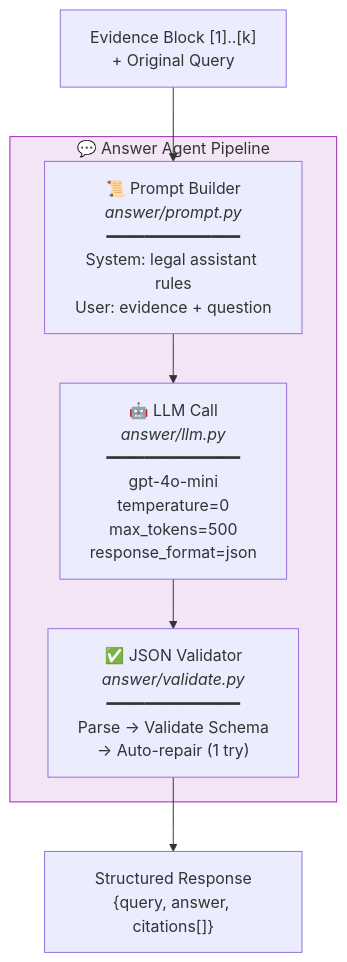
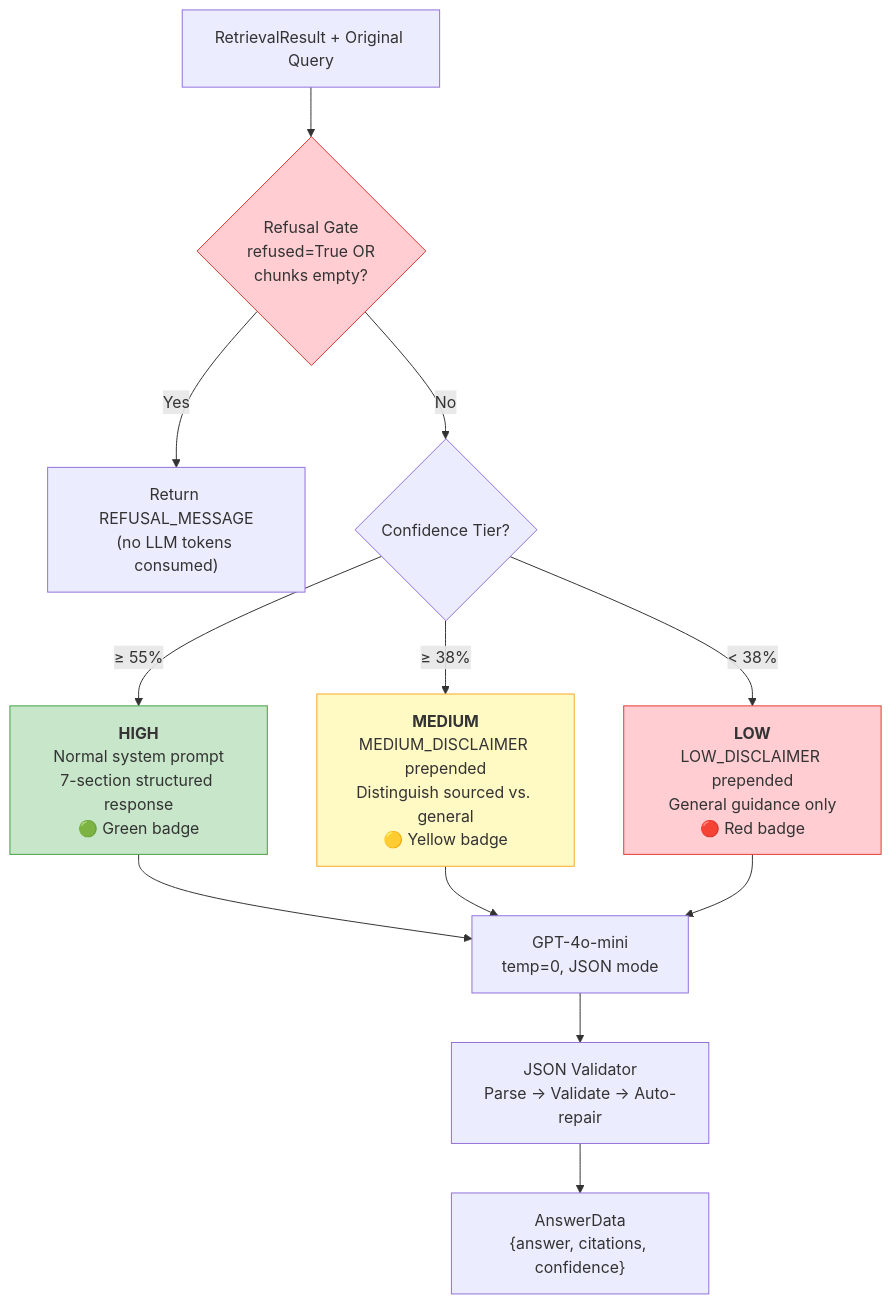
Before and after one commit to uditauniyal/legal-mvp: the fifth of 8 diagrams in README.md, drawn with Mermaid. The commit also changed other lines of this file, not shown here.

Commit message:
Updated Readme with confidence scoring

````diff
--- a/README.md
+++ b/README.md
@@ -308,18 +299,21 @@
 ```mermaid
 flowchart TD
-    IN["Evidence Block [1]..[k]<br/>+ Original Query"] --> PROMPT
+    IN["RetrievalResult + Original Query"]
 
-    subgraph AnswerAgent["💬 Answer Agent Pipeline"]
-        PROMPT["📜 Prompt Builder<br/><i>answer/prompt.py</i><br/>━━━━━━━━━━━━━━<br/>System: legal assistant rules<br/>User: evidence + question"]
+    IN --> GATE{"Refusal Gate<br/>refused=True OR<br/>chunks empty?"}
+    GATE -->|"Yes"| REFUSE["Return REFUSAL_MESSAGE<br/>(no LLM tokens consumed)"]
+    GATE -->|"No"| TIER{"Confidence Tier?"}
 
-        LLM["🤖 LLM Call<br/><i>answer/llm.py</i><br/>━━━━━━━━━━━━━━<br/>gpt-4o-mini<br/>temperature=0<br/>max_tokens=500<br/>response_format=json"]
+    TIER -->|"≥ 55%"| HIGH["<b>HIGH</b><br/>Normal system prompt<br/>7-section structured response<br/>🟢 Green badge"]
+    TIER -->|"≥ 38%"| MEDIUM["<b>MEDIUM</b><br/>MEDIUM_DISCLAIMER prepended<br/>Distinguish sourced vs. general<br/>🟡 Yellow badge"]
+    TIER -->|"< 38%"| LOW["<b>LOW</b><br/>LOW_DISCLAIMER prepended<br/>General guidance only<br/>🔴 Red badge"]
 
-        VAL["✅ JSON Validator<br/><i>answer/validate.py</i><br/>━━━━━━━━━━━━━━<br/>Parse → Validate Schema<br/>→ Auto-repair (1 try)"]
+    HIGH & MEDIUM & LOW --> LLM["GPT-4o-mini<br/>temp=0, JSON mode"]
+    LLM --> VALIDATE["JSON Validator<br/>Parse → Validate → Auto-repair"]
+    VALIDATE --> OUT["AnswerData<br/>{answer, citations, confidence}"]
 
-        PROMPT --> LLM --> VAL
-    end
-
-    VAL --> OUT["Structured Response<br/>{query, answer, citations[]}"]
-
-    style AnswerAgent fill:#f3e5f5,stroke:#9C27B0
+    style GATE fill:#ffcdd2,stroke:#E53935
+    style HIGH fill:#c8e6c9,stroke:#43A047
+    style MEDIUM fill:#fff9c4,stroke:#F9A825
+    style LOW fill:#ffcdd2,stroke:#E53935
 ```
````
